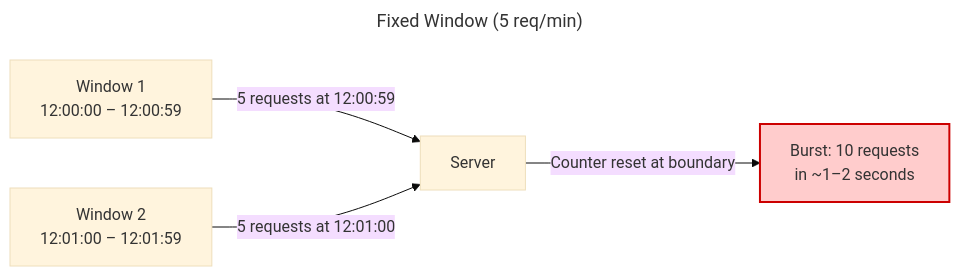
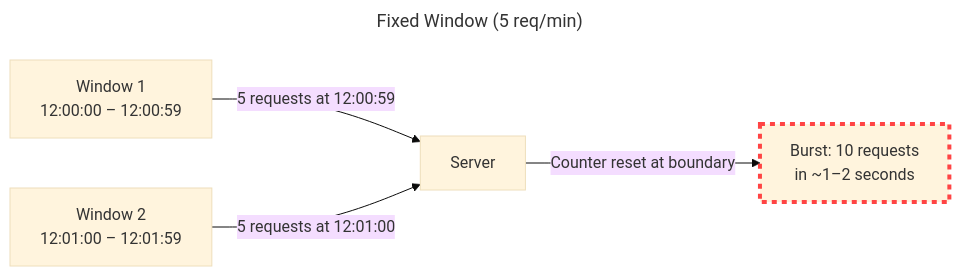
The second of 3 diagrams in README.md (dirtyyuka/distributed-rate-limiter), drawn with Mermaid (base theme) before and after one commit.

Commit message:
readme update

````diff
--- a/README.md
+++ b/README.md
@@ -36,11 +36,11 @@
 ```mermaid
 ---
 title: Fixed Window (5 req/min)
 ---
 flowchart LR
     A["Window 1<br>12:00:00 – 12:00:59"] -->|5 requests at 12:00:59| Server[Server]
     C["Window 2<br>12:01:00 – 12:01:59"] -->|5 requests at 12:01:00| Server
     Server -->|Counter reset at boundary| D["Burst: 10 requests<br>in ~1–2 seconds"]
 
-    style D fill:#ffcccc,stroke:#c00,stroke-width:2px
+    style D stroke:#ff4444,stroke-width:4px,stroke-dasharray: 5 5
 ```
````
